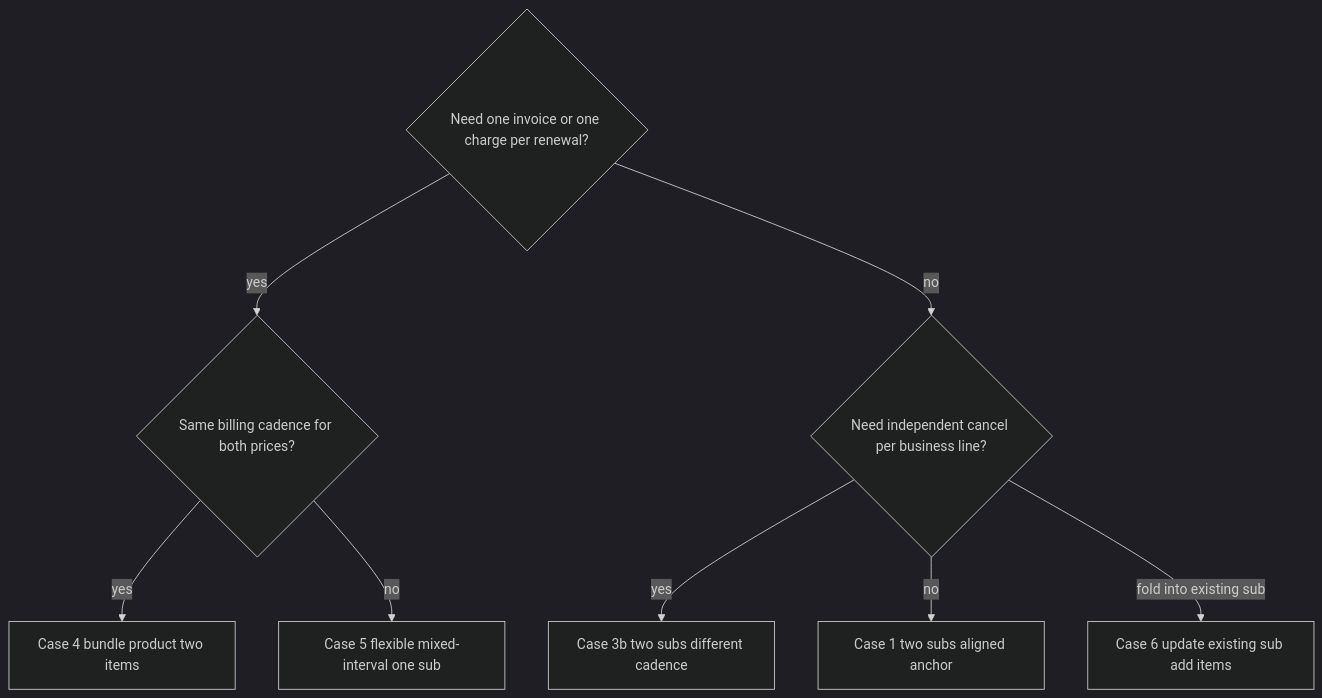
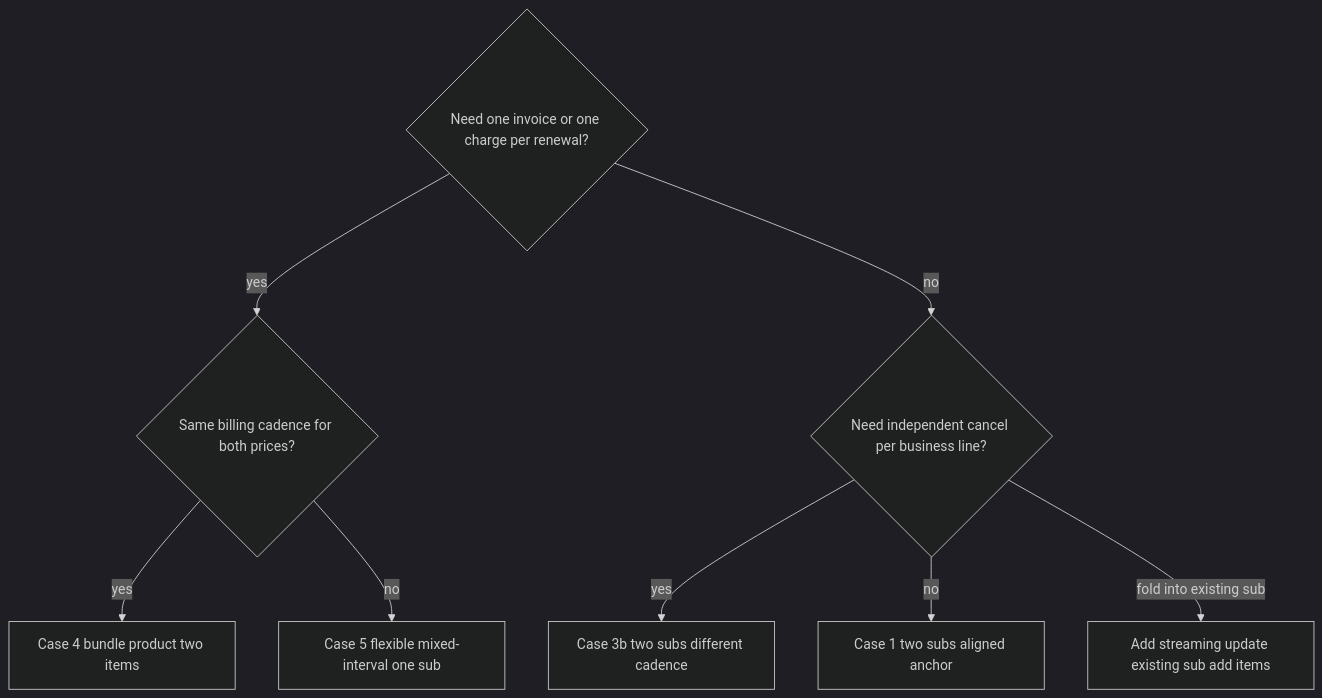
One commit to luisY2K/stripe_node_teeswag changed the diagram in docs/subscription-cases.md. Above: the diagram before and after it, drawn with Mermaid (dark theme). The commit also changed other lines of this file and 5 other files, not shown here.

````diff
--- a/docs/subscription-cases.md
+++ b/docs/subscription-cases.md
@@ -293,20 +297,20 @@
 ```mermaid
 flowchart TD
   needOneInvoice{"Need one invoice or one charge per renewal?"}
   needSeparateCancel{"Need independent cancel per business line?"}
   sameCadence{"Same billing cadence for both prices?"}
 
   case4["Case 4 bundle product two items"]
   case5["Case 5 flexible mixed-interval one sub"]
   case1["Case 1 two subs aligned anchor"]
   case3b["Case 3b two subs different cadence"]
-  case6["Case 6 update existing sub add items"]
+  addStreamToDelivery["Add streaming update existing sub add items"]
 
   needOneInvoice -->|yes| sameCadence
   needOneInvoice -->|no| needSeparateCancel
   sameCadence -->|yes| case4
   sameCadence -->|no| case5
   needSeparateCancel -->|yes| case3b
   needSeparateCancel -->|no| case1
-  needSeparateCancel -->|fold into existing sub| case6
+  needSeparateCancel -->|fold into existing sub| addStreamToDelivery
 ```
````
